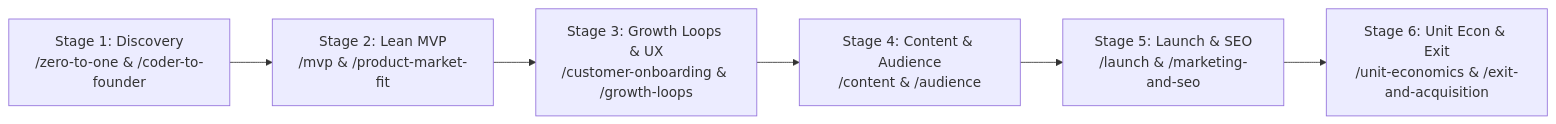
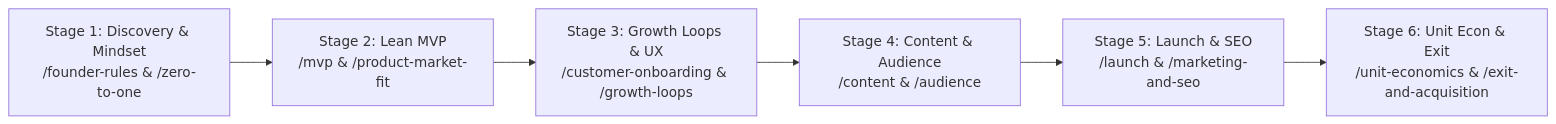
Before and after one commit to TheInPublic/buildinpublic: the second of 2 diagrams in README.md, drawn with Mermaid. The commit also changed other lines of this file and 1 other file, not shown here.

Commit message:
feat: add 28 hard-learned founder rules module and update master index

````diff
--- a/README.md
+++ b/README.md
@@ -85,8 +86,8 @@
 ```mermaid
 flowchart LR
-    S1[Stage 1: Discovery<br/>/zero-to-one & /coder-to-founder] --> S2[Stage 2: Lean MVP<br/>/mvp & /product-market-fit]
+    S1[Stage 1: Discovery & Mindset<br/>/founder-rules & /zero-to-one] --> S2[Stage 2: Lean MVP<br/>/mvp & /product-market-fit]
     S2 --> S3[Stage 3: Growth Loops & UX<br/>/customer-onboarding & /growth-loops]
     S3 --> S4[Stage 4: Content & Audience<br/>/content & /audience]
     S4 --> S5[Stage 5: Launch & SEO<br/>/launch & /marketing-and-seo]
     S5 --> S6[Stage 6: Unit Econ & Exit<br/>/unit-economics & /exit-and-acquisition]
 ```
````
